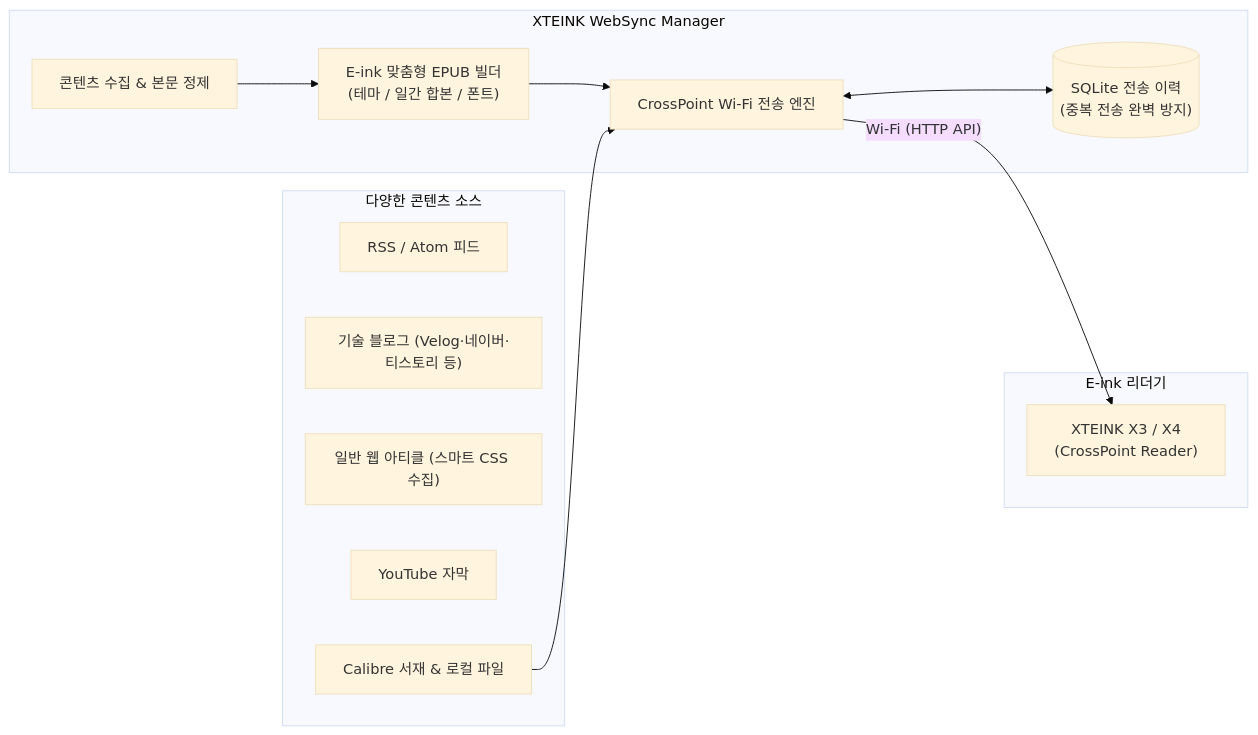
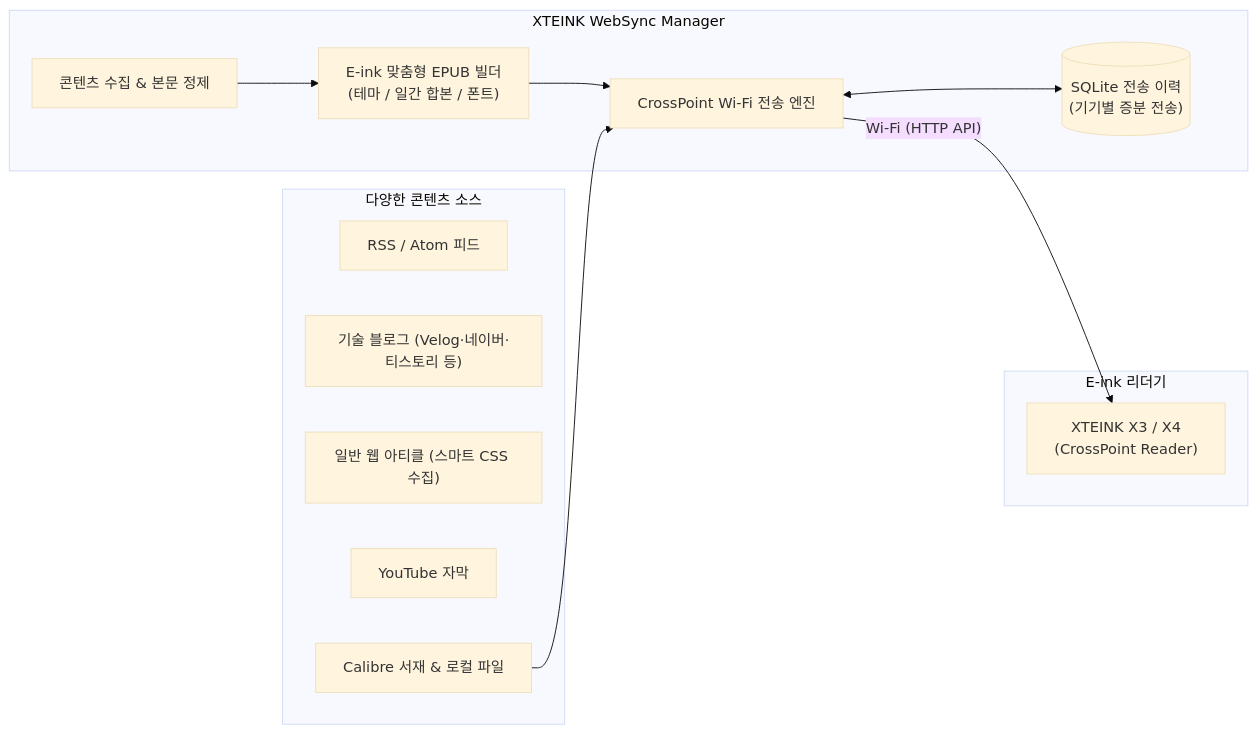
Before and after one commit to twbeatles/xteink-crosspoint-websync: the diagram in README.ko.md, drawn with Mermaid (base theme). The commit also changed other lines of this file and 30 other files, not shown here.

````diff
--- a/README.ko.md
+++ b/README.ko.md
@@ -20,28 +22,28 @@
 ```mermaid
 flowchart LR
     subgraph Sources["다양한 콘텐츠 소스"]
         RSS["RSS / Atom 피드"]
         Blogs["기술 블로그 (Velog·네이버·티스토리 등)"]
         Web["일반 웹 아티클 (스마트 CSS 수집)"]
         YT["YouTube 자막"]
         Calibre["Calibre 서재 & 로컬 파일"]
     end
 
     subgraph App["XTEINK WebSync Manager"]
         Scrape["콘텐츠 수집 & 본문 정제"]
         Builder["E-ink 맞춤형 EPUB 빌더\n(테마 / 일간 합본 / 폰트)"]
-        DB[("SQLite 전송 이력\n(중복 전송 완벽 방지)")]
+        DB[("SQLite 전송 이력\n(기기별 증분 전송)")]
         Upload["CrossPoint Wi-Fi 전송 엔진"]
         
         Scrape --> Builder
         Builder --> Upload
         Calibre --> Upload
         Upload <--> DB
     end
 
     subgraph Device["E-ink 리더기"]
         XTEINK["XTEINK X3 / X4\n(CrossPoint Reader)"]
     end
 
     Upload -->|"Wi-Fi (HTTP API)"| XTEINK
 ```
````
